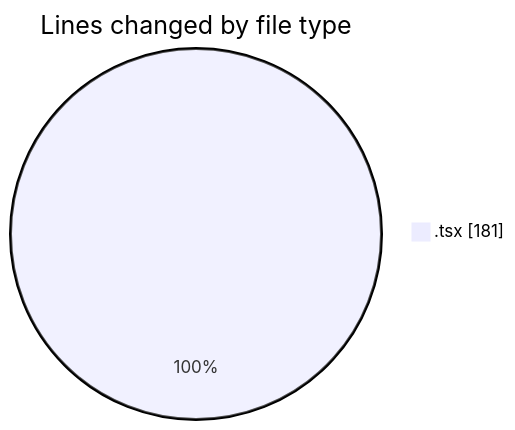
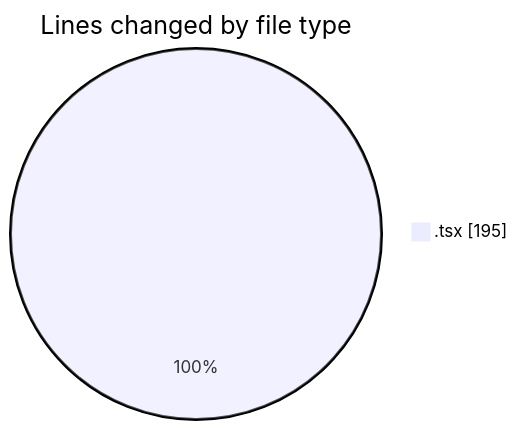
Before and after one commit to robertbonfada/code-tracking: the first of 2 diagrams in 2025-03-05/frontend/README.md, drawn with Mermaid. The commit also changed other lines of this file and 1 other file, not shown here.

````diff
--- a/2025-03-05/frontend/README.md
+++ b/2025-03-05/frontend/README.md
@@ -21,5 +21,5 @@
 ```mermaid
 pie showData
 title Lines changed by file type
-".tsx" : 181
+".tsx" : 195
 ```
````
